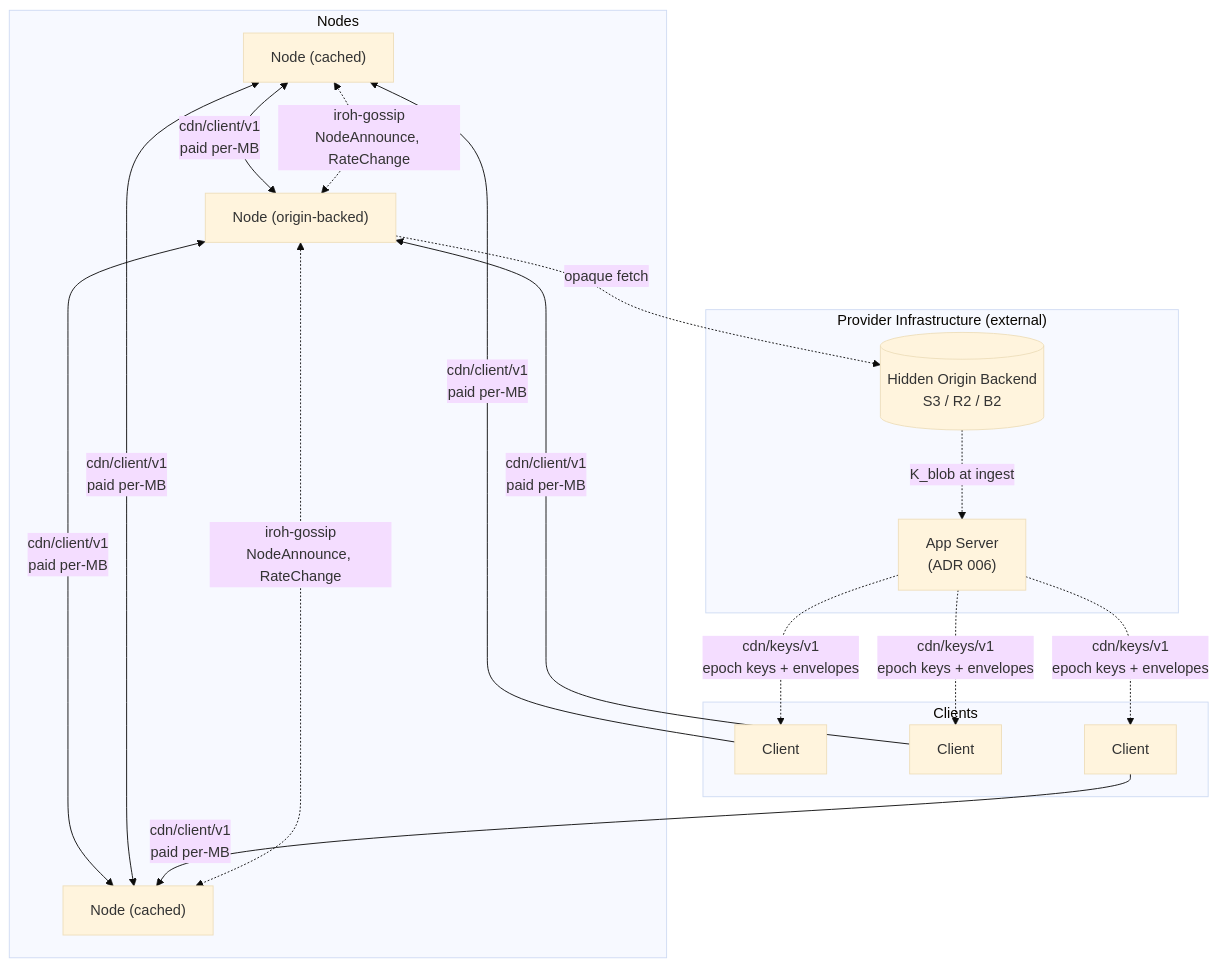
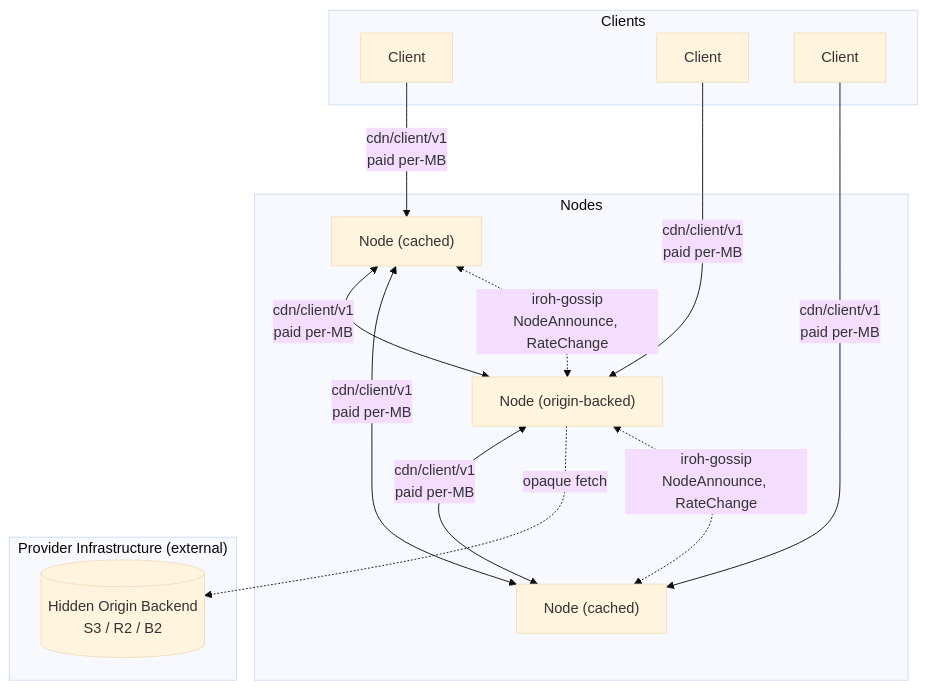
Before and after one commit to decdn/decdn: the first of 3 diagrams in adr/architecture.md, drawn with Mermaid (base theme). The commit also changed other lines of this file and 26 other files, not shown here.

````diff
--- a/adr/architecture.md
+++ b/adr/architecture.md
@@ -21,37 +21,31 @@
 ```mermaid
 graph TD
     subgraph Nodes
         N1["Node (cached)"]
         N2["Node (origin-backed)"]
         N3["Node (cached)"]
     end
 
     subgraph Clients
         C1[Client]
         C2[Client]
         C3[Client]
     end
 
     subgraph "Provider Infrastructure (external)"
         S3[("Hidden Origin Backend<br/>S3 / R2 / B2")]
-        A["App Server<br/>(ADR 006)"]
     end
 
     N1 <-->|"cdn/client/v1<br/>paid per-MB"| N2
     N2 <-->|"cdn/client/v1<br/>paid per-MB"| N3
     N1 <-->|"cdn/client/v1<br/>paid per-MB"| N3
 
     C1 -->|"cdn/client/v1<br/>paid per-MB"| N1
     C2 -->|"cdn/client/v1<br/>paid per-MB"| N2
     C3 -->|"cdn/client/v1<br/>paid per-MB"| N3
 
     N2 -.->|opaque fetch| S3
 
     N1 <-.->|"iroh-gossip<br/>NodeAnnounce, RateChange"| N2
     N2 <-.->|"iroh-gossip<br/>NodeAnnounce, RateChange"| N3
-
-    S3 -.->|"K_blob at ingest"| A
-    A -.->|"cdn/keys/v1<br/>epoch keys + envelopes"| C1
-    A -.->|"cdn/keys/v1<br/>epoch keys + envelopes"| C2
-    A -.->|"cdn/keys/v1<br/>epoch keys + envelopes"| C3
 ```
````
